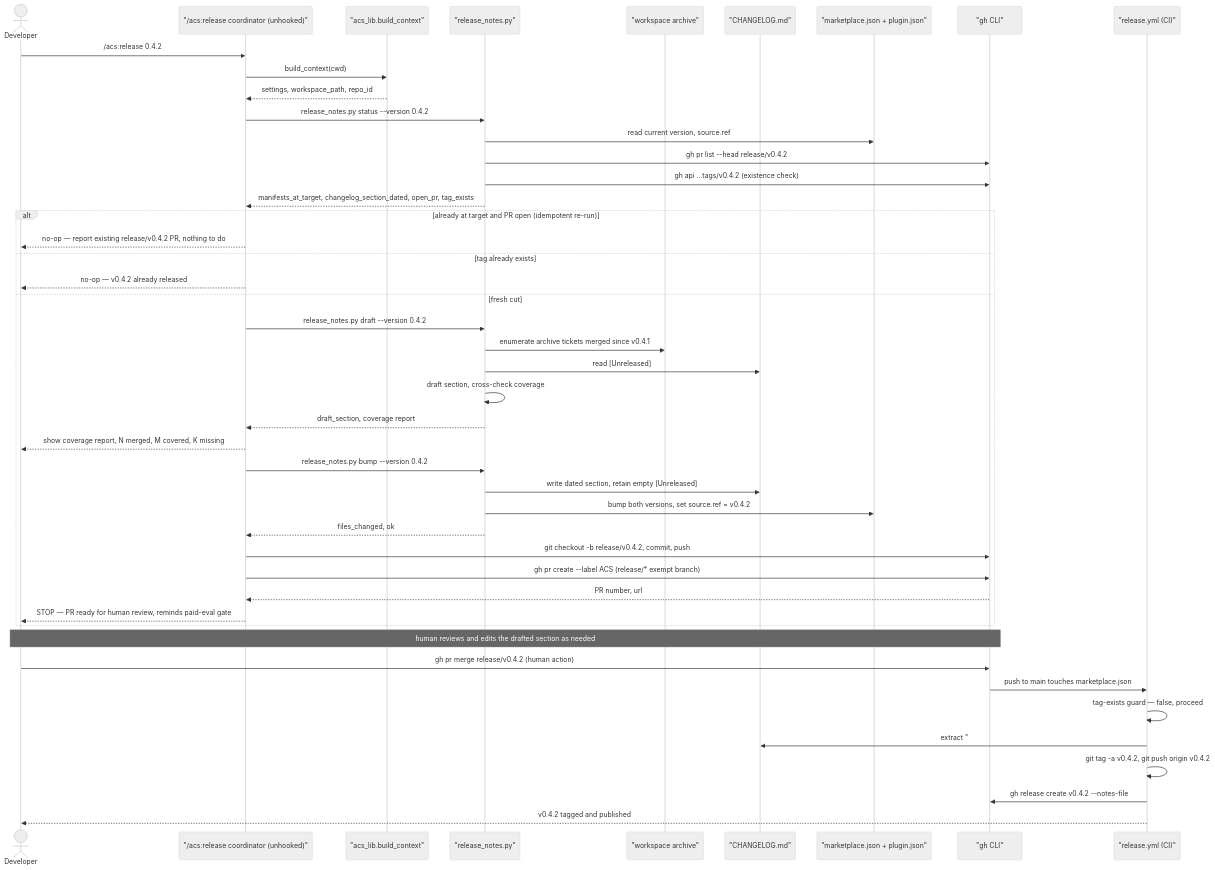
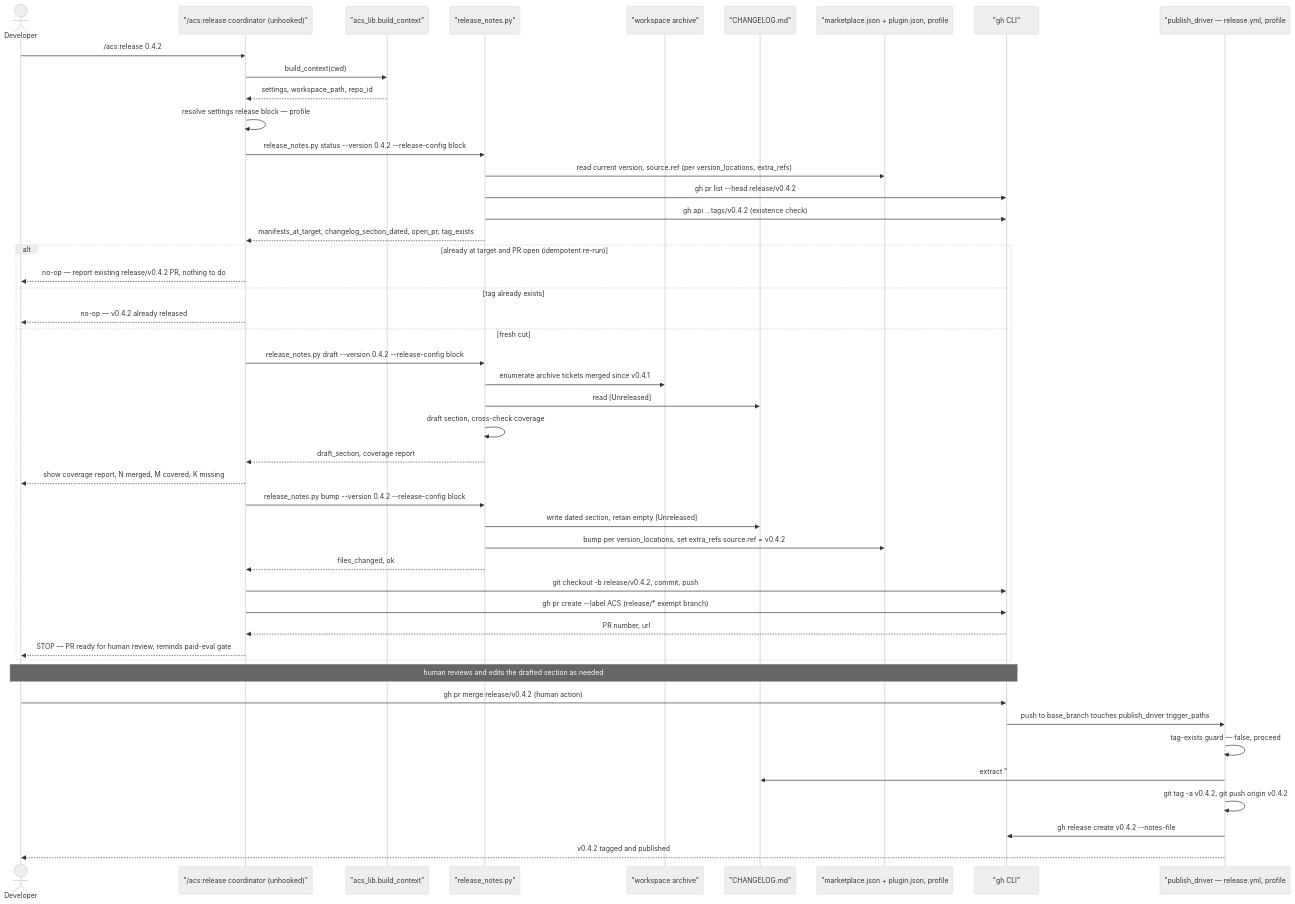
Before and after one commit to globalmindsolution/gms-marketplace: the diagram in docs/architecture/lld/flows/release-cut.md, drawn with Mermaid (neutral theme). The commit also changed 6 other files, not shown here.

Commit message:
MAR-129 add settings.schema.json release sub-schema + ADR 0054 + arch-doc conformance

````diff
--- a/docs/architecture/lld/flows/release-cut.md
+++ b/docs/architecture/lld/flows/release-cut.md
@@ -10,51 +10,52 @@
 ```mermaid
 sequenceDiagram
     actor Dev as Developer
     participant Rel as "/acs:release coordinator (unhooked)"
     participant Lib as "acs_lib.build_context"
     participant RN as "release_notes.py"
     participant Arc as "workspace archive"
     participant Chg as "CHANGELOG.md"
-    participant Man as "marketplace.json + plugin.json"
+    participant Man as "marketplace.json + plugin.json, profile #1 version_locations + extra_refs"
     participant Gh as "gh CLI"
-    participant Wf as "release.yml (CI)"
+    participant Wf as "publish_driver — release.yml, profile #1, CI"
 
     Dev->>Rel: /acs:release 0.4.2
     Rel->>Lib: build_context(cwd)
     Lib-->>Rel: settings, workspace_path, repo_id
-    Rel->>RN: release_notes.py status --version 0.4.2
-    RN->>Man: read current version, source.ref
+    Rel->>Rel: resolve settings release block — profile #1 (version_locations, extra_refs, changelog_path, tag_format, base_branch, release_branch_format, publish_driver)
+    Rel->>RN: release_notes.py status --version 0.4.2 --release-config block
+    RN->>Man: read current version, source.ref (per version_locations, extra_refs)
     RN->>Gh: gh pr list --head release/v0.4.2
     RN->>Gh: gh api ...tags/v0.4.2 (existence check)
     RN-->>Rel: manifests_at_target, changelog_section_dated, open_pr, tag_exists
 
     alt already at target and PR open (idempotent re-run)
         Rel-->>Dev: no-op — report existing release/v0.4.2 PR, nothing to do
     else tag already exists
         Rel-->>Dev: no-op — v0.4.2 already released
     else fresh cut
-        Rel->>RN: release_notes.py draft --version 0.4.2
+        Rel->>RN: release_notes.py draft --version 0.4.2 --release-config block
         RN->>Arc: enumerate archive tickets merged since v0.4.1
         RN->>Chg: read [Unreleased]
         RN->>RN: draft section, cross-check coverage
         RN-->>Rel: draft_section, coverage report
         Rel-->>Dev: show coverage report, N merged, M covered, K missing
-        Rel->>RN: release_notes.py bump --version 0.4.2
+        Rel->>RN: release_notes.py bump --version 0.4.2 --release-config block
         RN->>Chg: write dated section, retain empty [Unreleased]
-        RN->>Man: bump both versions, set source.ref = v0.4.2
+        RN->>Man: bump per version_locations, set extra_refs source.ref = v0.4.2
         RN-->>Rel: files_changed, ok
         Rel->>Gh: git checkout -b release/v0.4.2, commit, push
         Rel->>Gh: gh pr create --label ACS (release/* exempt branch)
         Gh-->>Rel: PR number, url
         Rel-->>Dev: STOP — PR ready for human review, reminds paid-eval gate
     end
 
     Note over Dev,Gh: human reviews and edits the drafted section as needed
     Dev->>Gh: gh pr merge release/v0.4.2 (human action)
-    Gh->>Wf: push to main touches marketplace.json
+    Gh->>Wf: push to base_branch touches publish_driver trigger_paths
     Wf->>Wf: tag-exists guard — false, proceed
     Wf->>Chg: extract "## [0.4.2]" section verbatim
     Wf->>Wf: git tag -a v0.4.2, git push origin v0.4.2
     Wf->>Gh: gh release create v0.4.2 --notes-file
     Wf-->>Dev: v0.4.2 tagged and published
 ```
````
